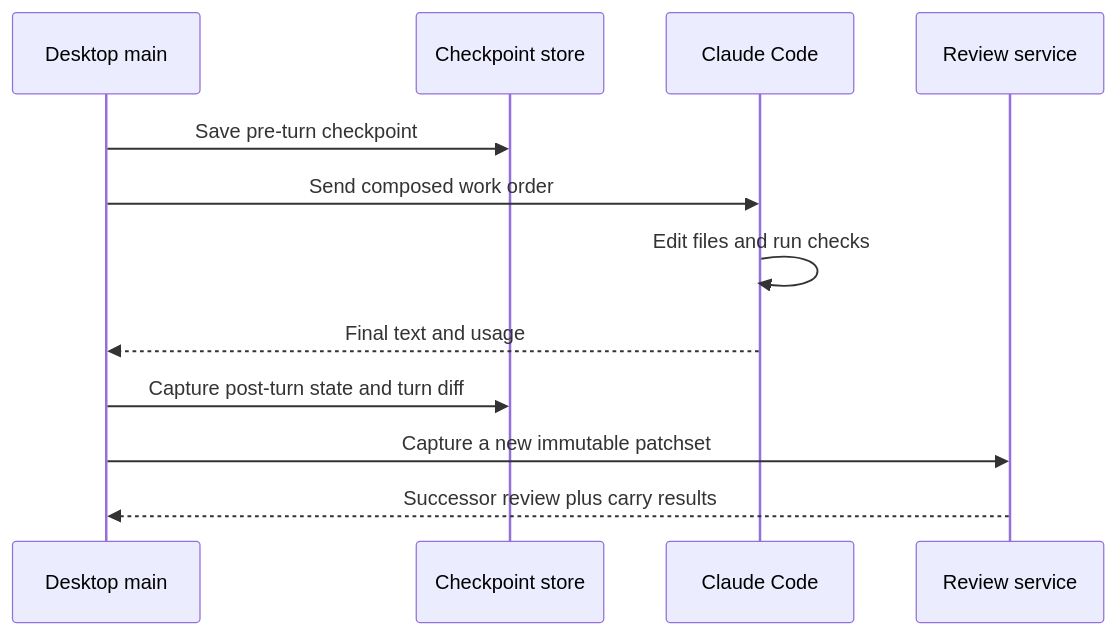
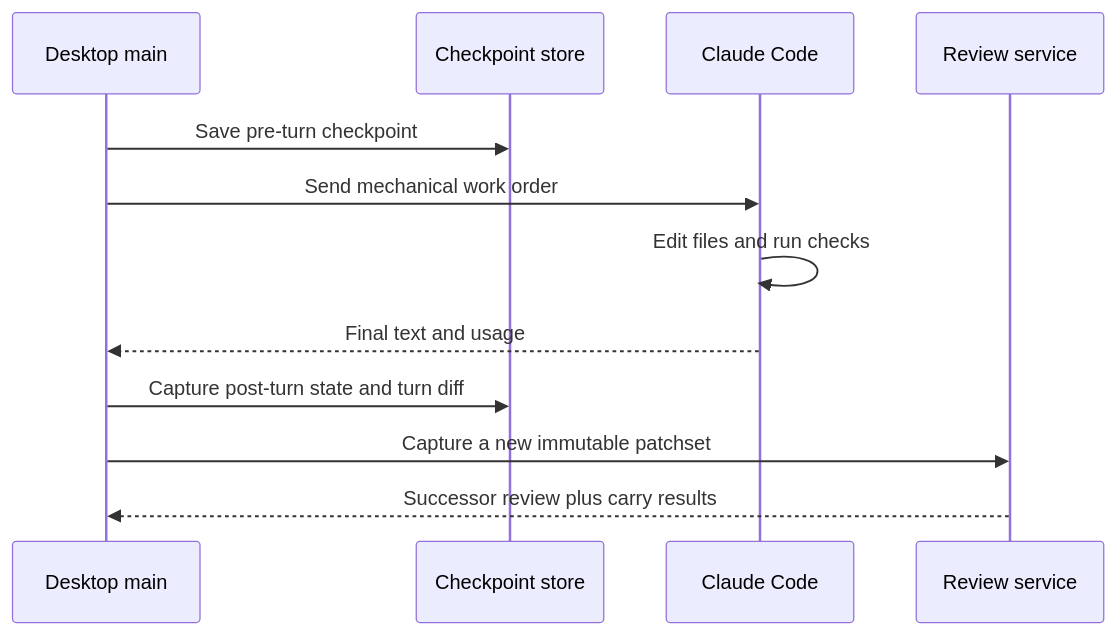
Before and after one commit to rbutera/Rennet: the third of 5 diagrams in docs/src/content/docs/developing/concepts/agent-handoff.md, drawn with Mermaid. The commit also changed other lines of this file and 21 other files, not shown here.

Commit message:
docs: restore architecture truth and review semantics

````diff
--- a/docs/src/content/docs/developing/concepts/agent-handoff.md
+++ b/docs/src/content/docs/developing/concepts/agent-handoff.md
@@ -75,15 +88,15 @@
 ```mermaid
 sequenceDiagram
   participant Main as Desktop main
   participant Store as Checkpoint store
   participant Claude as Claude Code
   participant Review as Review service
 
   Main->>Store: Save pre-turn checkpoint
-  Main->>Claude: Send composed work order
+  Main->>Claude: Send mechanical work order
   Claude->>Claude: Edit files and run checks
   Claude-->>Main: Final text and usage
   Main->>Store: Capture post-turn state and turn diff
   Main->>Review: Capture a new immutable patchset
   Review-->>Main: Successor review plus carry results
 ```
````
